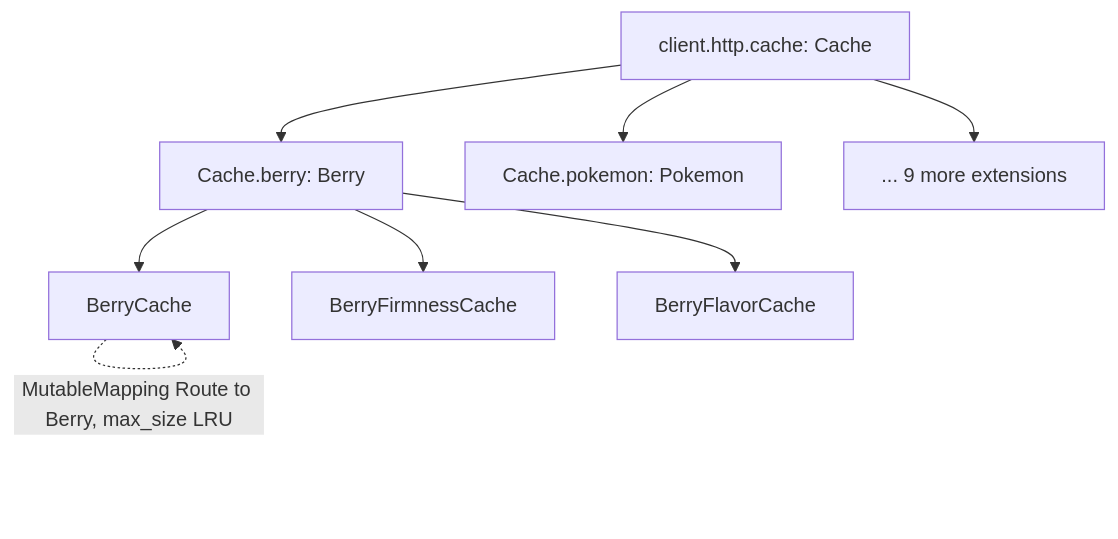
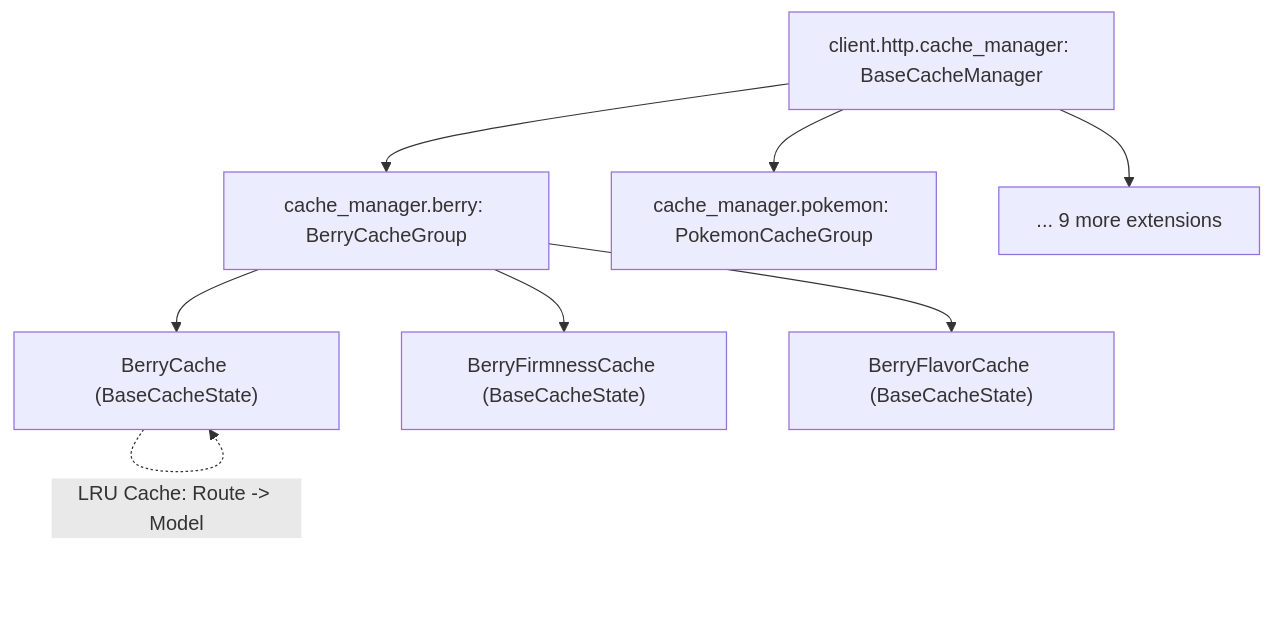
The diagram in docs/guide/caching.md (FallenDeity/PokeLance), drawn with Mermaid before and after one commit. The commit also changed other lines of this file and 55 other files, not shown here.

````diff
--- a/docs/guide/caching.md
+++ b/docs/guide/caching.md
@@ -78,10 +44,10 @@
 ``` mermaid
 flowchart TD
-    A[client.http.cache: Cache] --> B[Cache.berry: Berry]
-    A --> C[Cache.pokemon: Pokemon]
+    A["client.http.cache_manager: BaseCacheManager"] --> B["cache_manager.berry: BerryCacheGroup"]
+    A --> C["cache_manager.pokemon: PokemonCacheGroup"]
     A --> D["... 9 more extensions"]
-    B --> E[BerryCache]
-    B --> F[BerryFirmnessCache]
-    B --> G[BerryFlavorCache]
-    E -.->|MutableMapping Route to Berry, max_size LRU| E
+    B --> E["BerryCache (BaseCacheState)"]
+    B --> F["BerryFirmnessCache (BaseCacheState)"]
+    B --> G["BerryFlavorCache (BaseCacheState)"]
+    E -.->|LRU Cache: Route -> Model| E
 ```
````
